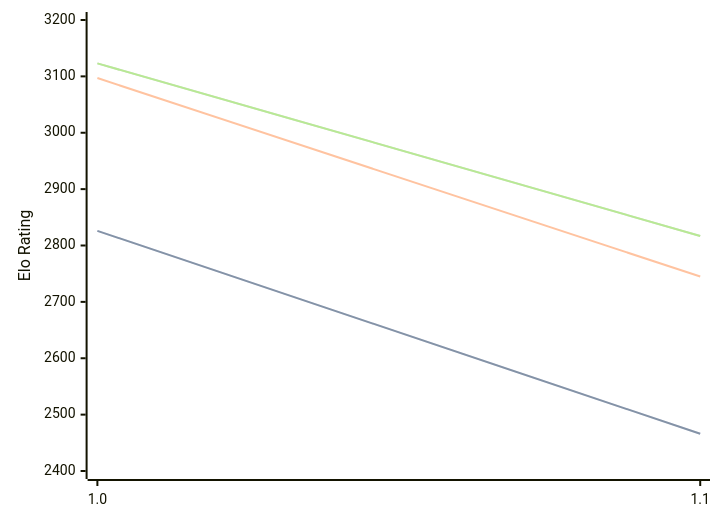
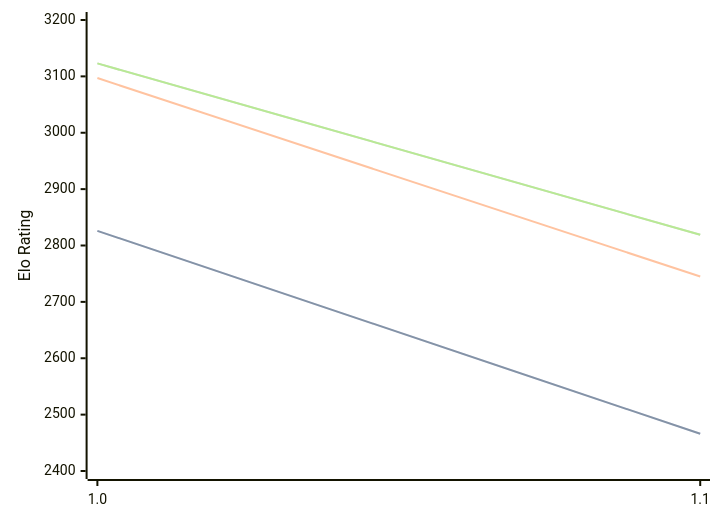
One commit to computer-chess-index/cci changed the third of 3 diagrams in engines/Publius.md. Above: the diagram before and after it, drawn with Mermaid. The commit also changed other lines of this file, not shown here.

Commit message:
Update CCI Ratings (ELO VLTC) - 2026-07-04

````diff
--- a/engines/Publius.md
+++ b/engines/Publius.md
@@ -65,11 +65,11 @@
 ```mermaid
 %%{init: {"theme":"base","themeVariables":{"seriesColors:['#a3a3a3','#222221','#faa371']}}}%%
 xychart-beta
   x-axis ["1.0", "1.1"]
   y-axis "Elo Rating" 2400 --> 3200
   line "STC (8.0+0.08s)" [2826, 2466]
   line "STC (8.0+0.08s)" [2826, 2466]
   line "LTC (60.0+0.60s)" [3097, 2745]
-  line "VLTC (2m24s+1.12s)" [3123, 2817]
-  line "VLTC (2m24s+1.12s)" [3123, 2817]
+  line "VLTC (2m24s+1.12s)" [3123, 2819]
+  line "VLTC (2m24s+1.12s)" [3123, 2819]
 ```
````
